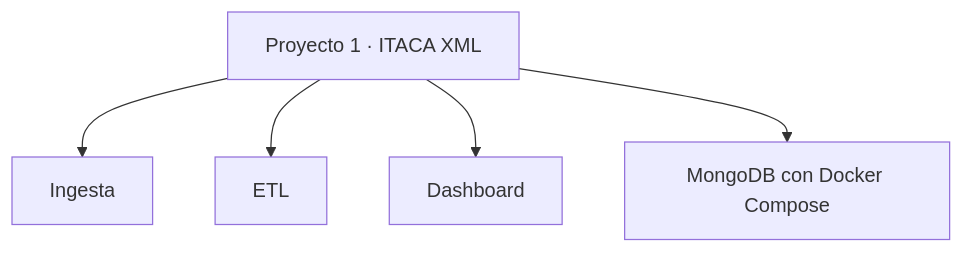
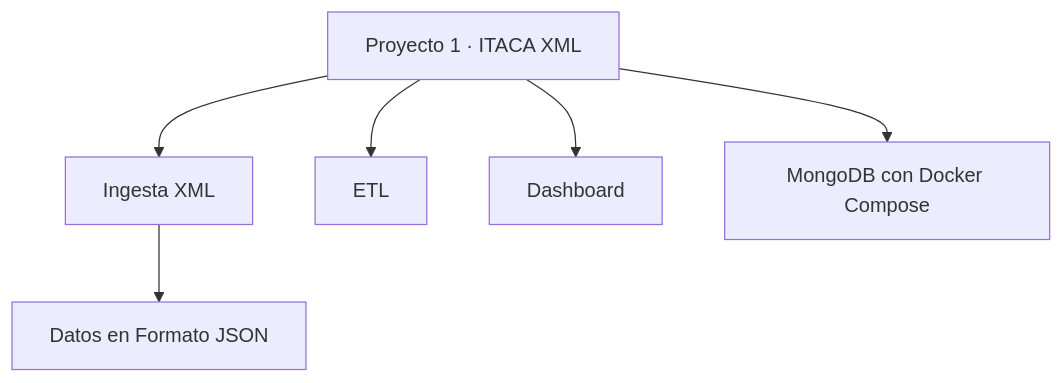
One commit to AndreuAlfonsoIABD/bigdata-p1-itaca-xml changed the diagram in README.md. Above: the diagram before and after it, drawn with Mermaid. The commit also changed other lines of this file and 2 other files, not shown here.

Commit message:
Practica P1: Ingesta ITACA (XML)

````diff
--- a/README.md
+++ b/README.md
@@ -11,8 +11,9 @@
 ```mermaid
 flowchart TD
     A[Proyecto 1 · ITACA XML]
-    A --> B[Ingesta]
+    A --> B[Ingesta XML]
+    B --> F[Datos en Formato JSON]
     A --> C[ETL]
     A --> D[Dashboard]
     A --> E[MongoDB con Docker Compose]
 ```
````
